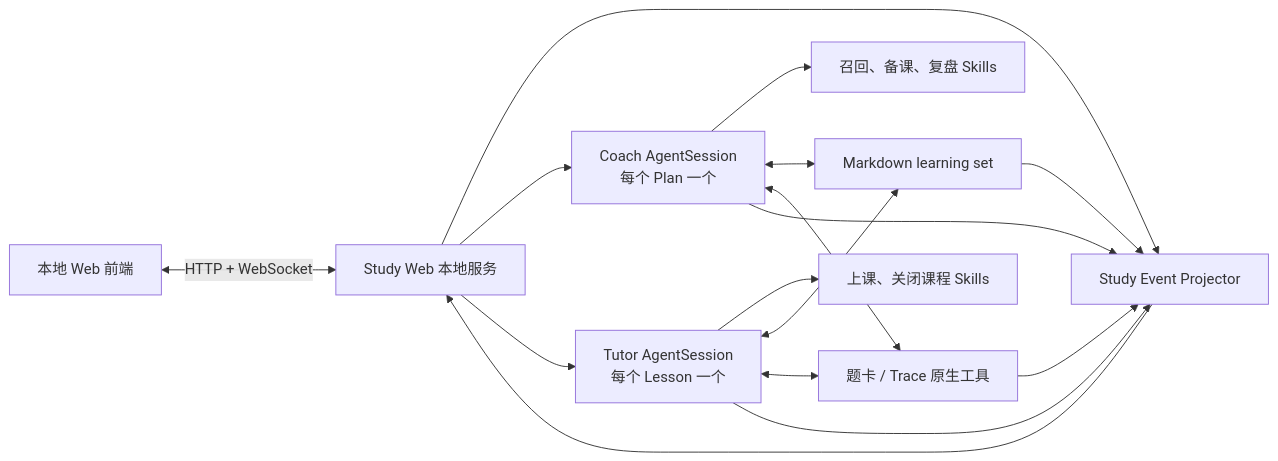
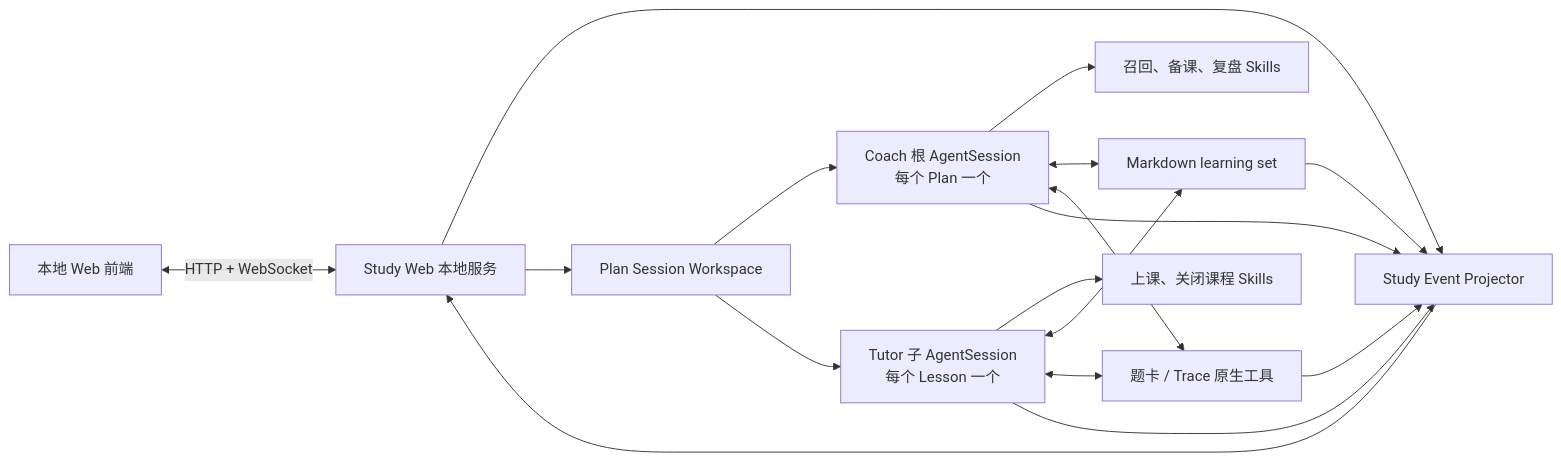
The first of 2 diagrams in docs/superpowers/specs/2026-07-21-pi-teaching-web-frontend-design.md (SunOfTheEast/highschool-study-claude-code), drawn with Mermaid before and after one commit. The commit also changed other lines of this file and 1 other file, not shown here.

Commit message:
docs: model plan sessions as parent and lesson children

````diff
--- a/docs/superpowers/specs/2026-07-21-pi-teaching-web-frontend-design.md
+++ b/docs/superpowers/specs/2026-07-21-pi-teaching-web-frontend-design.md
@@ -50,18 +52,19 @@
 ```mermaid
 flowchart LR
     Browser["本地 Web 前端"] <-->|"HTTP + WebSocket"| Server["Study Web 本地服务"]
     Server --> Projector["Study Event Projector"]
-    Server --> Coach["Coach AgentSession\n每个 Plan 一个"]
-    Server --> Tutor["Tutor AgentSession\n每个 Lesson 一个"]
+    Server --> Workspace["Plan Session Workspace"]
+    Workspace --> Coach["Coach 根 AgentSession\n每个 Plan 一个"]
+    Workspace --> Tutor["Tutor 子 AgentSession\n每个 Lesson 一个"]
     Coach --> Skills["召回、备课、复盘 Skills"]
     Tutor --> Teaching["上课、关闭课程 Skills"]
     Coach <--> Files["Markdown learning set"]
     Tutor <--> Files
     Coach <--> Tools["题卡 / Trace 原生工具"]
     Tutor <--> Tools
     Files --> Projector
     Tools --> Projector
     Coach --> Projector
     Tutor --> Projector
     Projector --> Server
 ```
````
